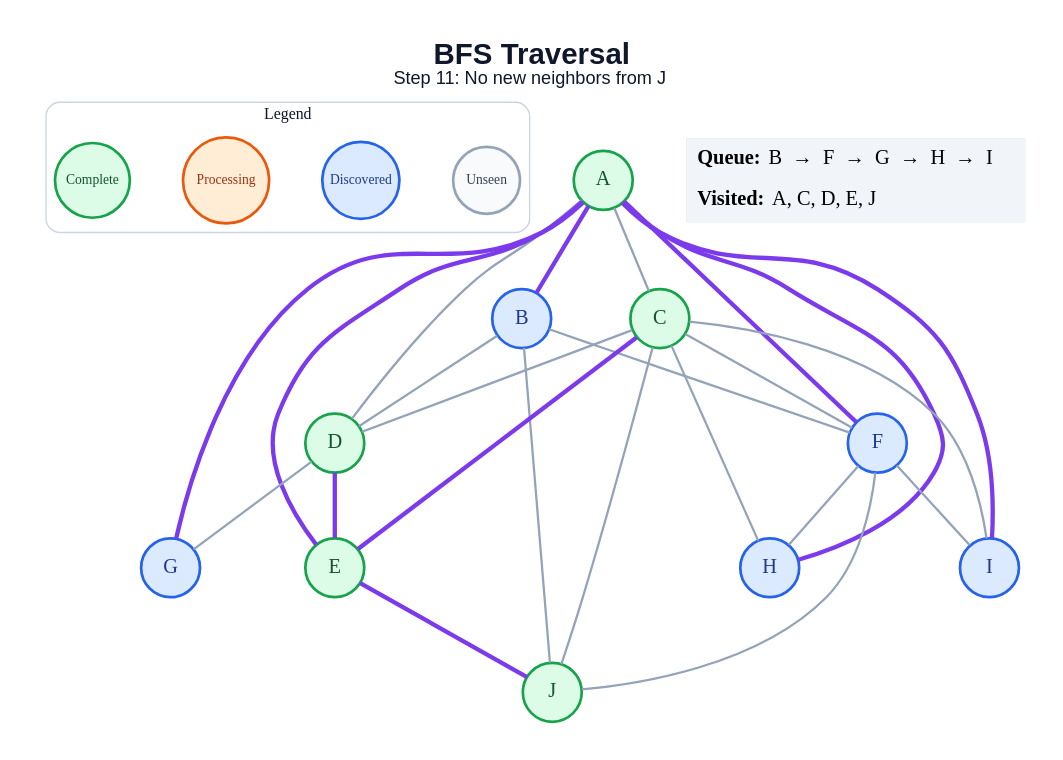
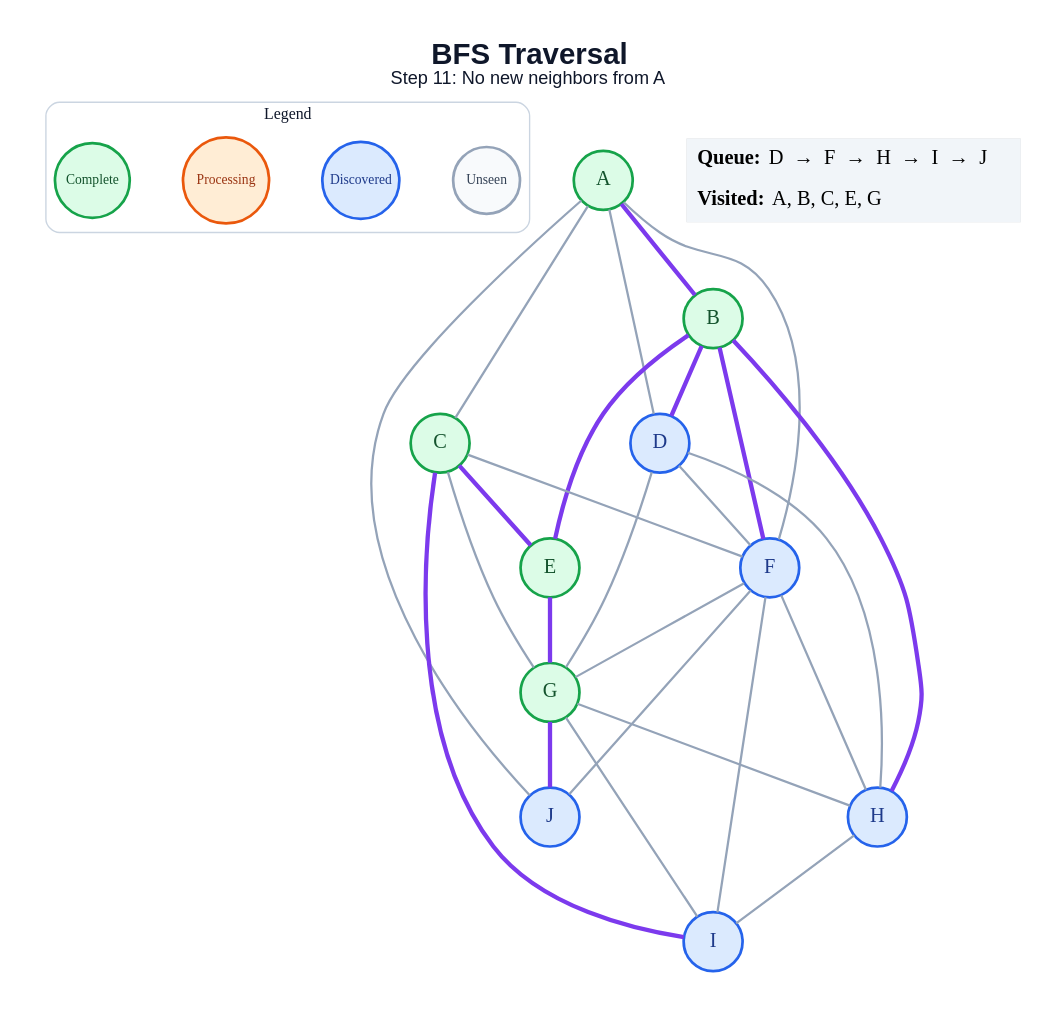
The diagram in generated/specific-node/bfs/step_11.dot (amanghodawala9/ai-slop), drawn with Graphviz before and after one commit. The commit also changed 178 other files, not shown here.

```diff
--- a/generated/specific-node/bfs/step_11.dot
+++ b/generated/specific-node/bfs/step_11.dot
@@ -1,52 +1,54 @@
 graph traversal {
   graph [layout=dot, rankdir=TB, bgcolor="#FFFFFF", pad="0.35", nodesep="0.65", ranksep="0.8", fontname="Arial"];
   node [shape=circle, style="filled", fontname="Arial Bold", fontsize=18, width=0.72, fixedsize=true, penwidth=2.4];
   edge [color="#94A3B8", penwidth=2.0];
-  label=<<B>BFS Traversal</B><BR/><FONT POINT-SIZE="16">Step 11: No new neighbors from J</FONT>>; labelloc="t"; fontsize=26; fontname="Arial"; fontcolor="#0F172A";
+  label=<<B>BFS Traversal</B><BR/><FONT POINT-SIZE="16">Step 11: No new neighbors from A</FONT>>; labelloc="t"; fontsize=26; fontname="Arial"; fontcolor="#0F172A";
   subgraph cluster_legend { label="Legend"; color="#CBD5E1"; penwidth=1.2; style="rounded"; fontsize=14; fontname="Arial Bold";
     key_unseen [label="Unseen", fillcolor="#F8FAFC", color="#94A3B8", fontcolor="#334155", fontsize=12, width=0.82];
     key_frontier [label="Discovered", fillcolor="#DBEAFE", color="#2563EB", fontcolor="#1E3A8A", fontsize=12, width=0.95];
     key_current [label="Processing", fillcolor="#FFEDD5", color="#EA580C", fontcolor="#9A3412", fontsize=12, width=1.05];
     key_done [label="Complete", fillcolor="#DCFCE7", color="#16A34A", fontcolor="#14532D", fontsize=12, width=0.92];
     { rank=same; key_unseen; key_frontier; key_current; key_done; }
   }
   A [fillcolor="#DCFCE7", color="#16A34A", fontcolor="#14532D"];
-  B [fillcolor="#DBEAFE", color="#2563EB", fontcolor="#1E3A8A"];
+  B [fillcolor="#DCFCE7", color="#16A34A", fontcolor="#14532D"];
   C [fillcolor="#DCFCE7", color="#16A34A", fontcolor="#14532D"];
-  D [fillcolor="#DCFCE7", color="#16A34A", fontcolor="#14532D"];
+  D [fillcolor="#DBEAFE", color="#2563EB", fontcolor="#1E3A8A"];
   E [fillcolor="#DCFCE7", color="#16A34A", fontcolor="#14532D"];
   F [fillcolor="#DBEAFE", color="#2563EB", fontcolor="#1E3A8A"];
-  G [fillcolor="#DBEAFE", color="#2563EB", fontcolor="#1E3A8A"];
+  G [fillcolor="#DCFCE7", color="#16A34A", fontcolor="#14532D"];
   H [fillcolor="#DBEAFE", color="#2563EB", fontcolor="#1E3A8A"];
   I [fillcolor="#DBEAFE", color="#2563EB", fontcolor="#1E3A8A"];
-  J [fillcolor="#DCFCE7", color="#16A34A", fontcolor="#14532D"];
+  J [fillcolor="#DBEAFE", color="#2563EB", fontcolor="#1E3A8A"];
   A -- B [color="#7C3AED", penwidth=3.8];
   A -- C;
   A -- D;
-  A -- E [color="#7C3AED", penwidth=3.8];
-  A -- F [color="#7C3AED", penwidth=3.8];
-  A -- G [color="#7C3AED", penwidth=3.8];
-  A -- H [color="#7C3AED", penwidth=3.8];
-  A -- I [color="#7C3AED", penwidth=3.8];
-  B -- D;
-  B -- F;
-  B -- J;
-  C -- D;
+  A -- F;
+  A -- J;
+  B -- D [color="#7C3AED", penwidth=3.8];
+  B -- E [color="#7C3AED", penwidth=3.8];
+  B -- F [color="#7C3AED", penwidth=3.8];
+  B -- H [color="#7C3AED", penwidth=3.8];
   C -- E [color="#7C3AED", penwidth=3.8];
   C -- F;
-  C -- H;
-  C -- I;
-  C -- J;
-  D -- E [color="#7C3AED", penwidth=3.8];
+  C -- G;
+  C -- I [color="#7C3AED", penwidth=3.8];
+  D -- F;
   D -- G;
-  E -- J [color="#7C3AED", penwidth=3.8];
+  D -- H;
+  E -- G [color="#7C3AED", penwidth=3.8];
+  F -- G;
   F -- H;
   F -- I;
   F -- J;
+  G -- H;
+  G -- I;
+  G -- J [color="#7C3AED", penwidth=3.8];
+  H -- I;
   status [shape=plain, fixedsize=false, width=0, height=0, margin=0, label=<
     <TABLE BORDER="0" CELLBORDER="0" CELLPADDING="7" BGCOLOR="#F1F5F9">
-      <TR><TD ALIGN="LEFT"><B>Queue:</B> B  →  F  →  G  →  H  →  I</TD></TR>
-      <TR><TD ALIGN="LEFT"><B>Visited:</B> A, C, D, E, J</TD></TR>
+      <TR><TD ALIGN="LEFT"><B>Queue:</B> D  →  F  →  H  →  I  →  J</TD></TR>
+      <TR><TD ALIGN="LEFT"><B>Visited:</B> A, B, C, E, G</TD></TR>
     </TABLE>
   >];
 }
```
